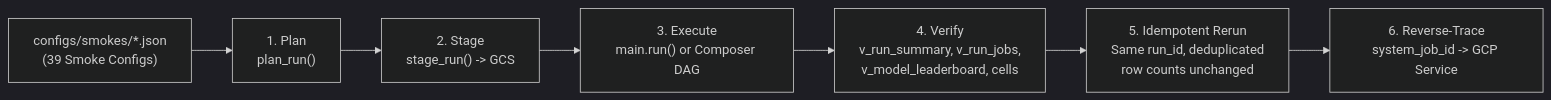
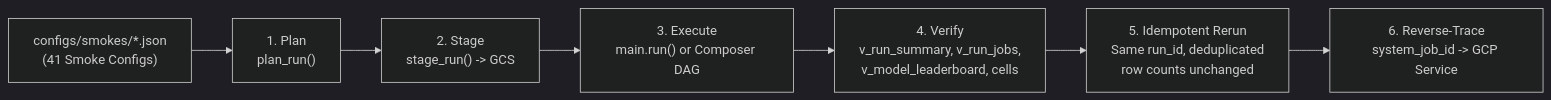
Before and after one commit to statmike/scale-forecasting: the diagram in docs/smoke_testing.md, drawn with Mermaid (dark theme). The commit also changed other lines of this file and 59 other files, not shown here.

````diff
--- a/docs/smoke_testing.md
+++ b/docs/smoke_testing.md
@@ -10,9 +10,9 @@
 ```mermaid
 flowchart LR
-    Cfg["configs/smokes/*.json\n(39 Smoke Configs)"] --> Dry["1. Plan\nplan_run()"]
+    Cfg["configs/smokes/*.json\n(41 Smoke Configs)"] --> Dry["1. Plan\nplan_run()"]
     Dry --> Stage["2. Stage\nstage_run() -> GCS"]
     Stage --> Run["3. Execute\nmain.run() or Composer DAG"]
     Run --> Verify["4. Verify\nv_run_summary, v_run_jobs,\nv_model_leaderboard, cells"]
     Verify --> Rerun["5. Idempotent Rerun\nSame run_id, deduplicated\nrow counts unchanged"]
     Rerun --> Trace["6. Reverse-Trace\nsystem_job_id -> GCP Service"]
 ```
````
